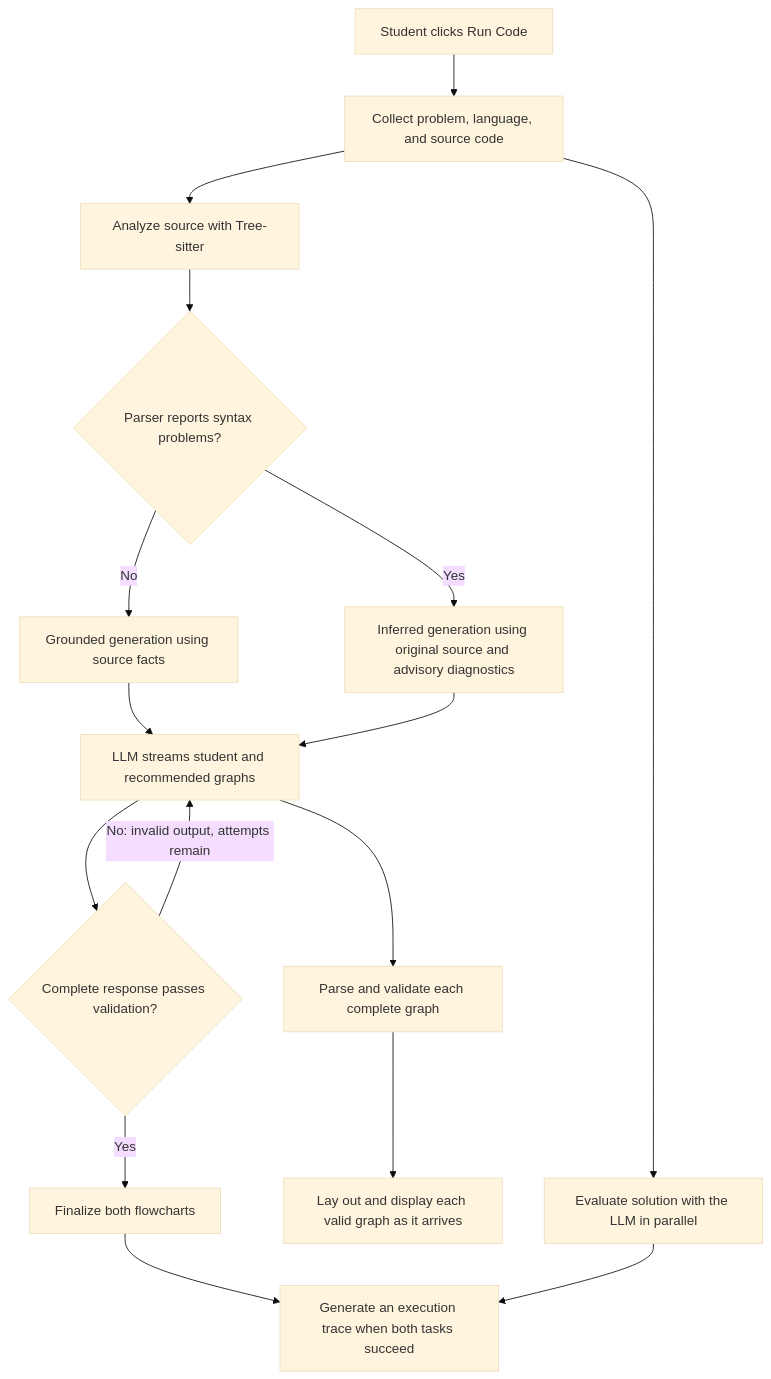
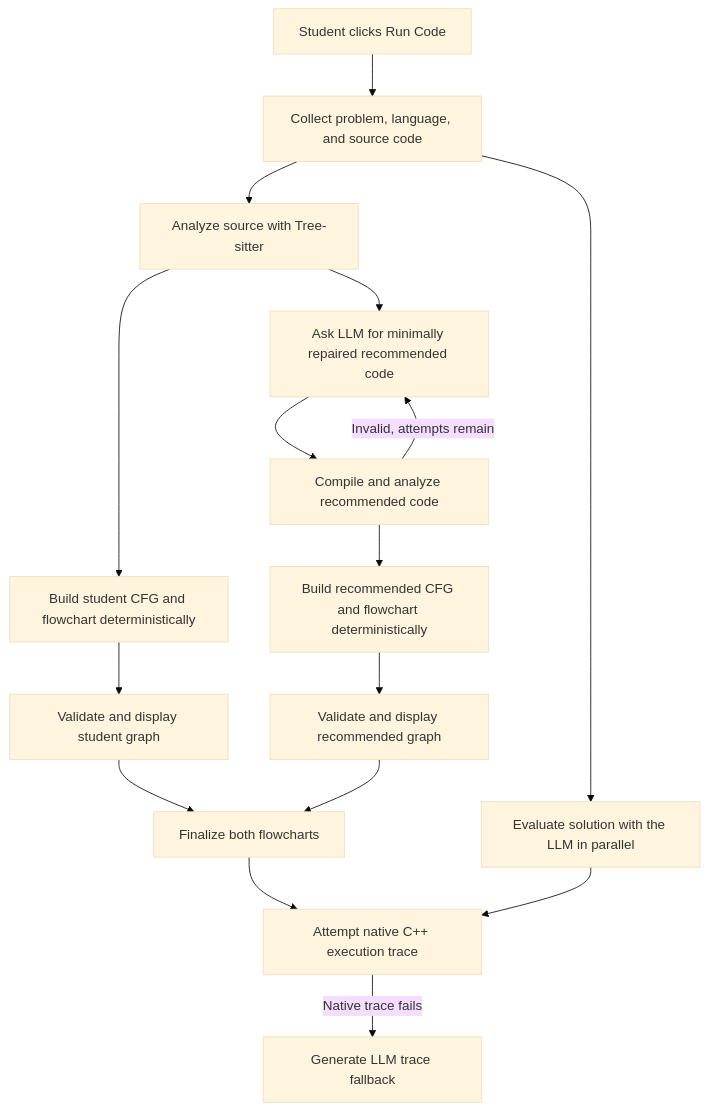
Before and after one commit to ARIS2333/CodeFlow: the diagram in Docs/FLOWCHART_WORKFLOW.md, drawn with Mermaid (base theme). The commit also changed other lines of this file and 3 other files, not shown here.

Commit message:
Update documentation for native trace fallback

````diff
--- a/Docs/FLOWCHART_WORKFLOW.md
+++ b/Docs/FLOWCHART_WORKFLOW.md
@@ -7,18 +7,18 @@
 ```mermaid
 flowchart TD
     A[Student clicks Run Code] --> B[Collect problem, language, and source code]
     B --> C[Analyze source with Tree-sitter]
     B --> E[Evaluate solution with the LLM in parallel]
-    C --> D{Parser reports syntax problems?}
-    D -->|No| F[Grounded generation using source facts]
-    D -->|Yes| G[Inferred generation using original source and advisory diagnostics]
-    F --> H[LLM streams student and recommended graphs]
-    G --> H
-    H --> I[Parse and validate each complete graph]
-    I --> J[Lay out and display each valid graph as it arrives]
-    H --> K{Complete response passes validation?}
-    K -->|No: invalid output, attempts remain| H
-    K -->|Yes| L[Finalize both flowcharts]
-    L --> M[Generate an execution trace when both tasks succeed]
+    C --> D[Build student CFG and flowchart deterministically]
+    C --> F[Ask LLM for minimally repaired recommended code]
+    F --> G[Compile and analyze recommended code]
+    G -->|Invalid, attempts remain| F
+    G --> H[Build recommended CFG and flowchart deterministically]
+    D --> I[Validate and display student graph]
+    H --> J[Validate and display recommended graph]
+    I --> L[Finalize both flowcharts]
+    J --> L
+    L --> M[Attempt native C++ execution trace]
+    M -->|Native trace fails| N[Generate LLM trace fallback]
     E --> M
 ```
````
